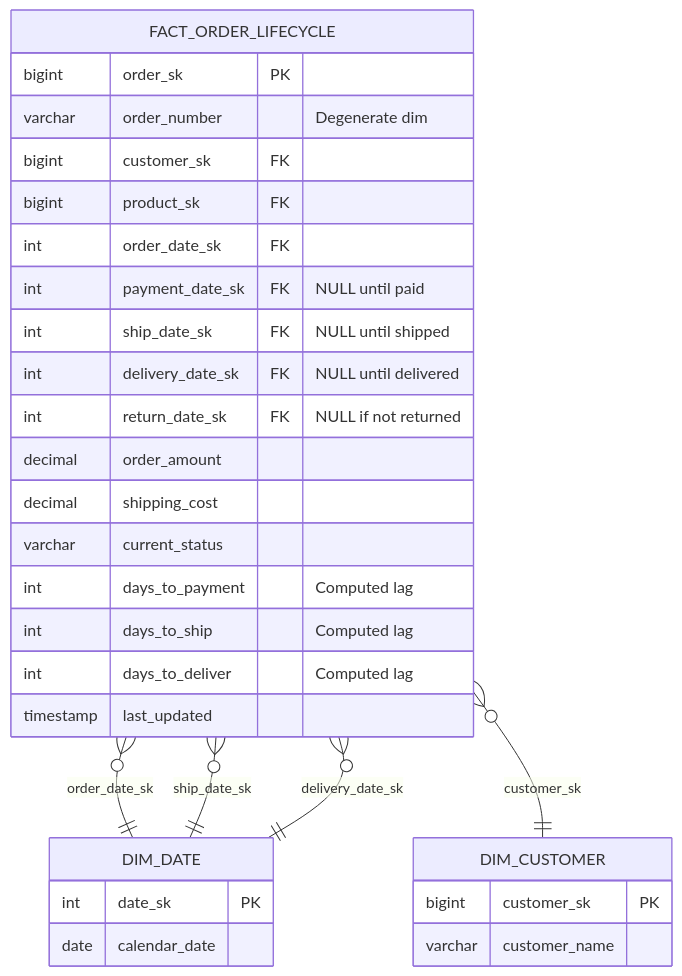
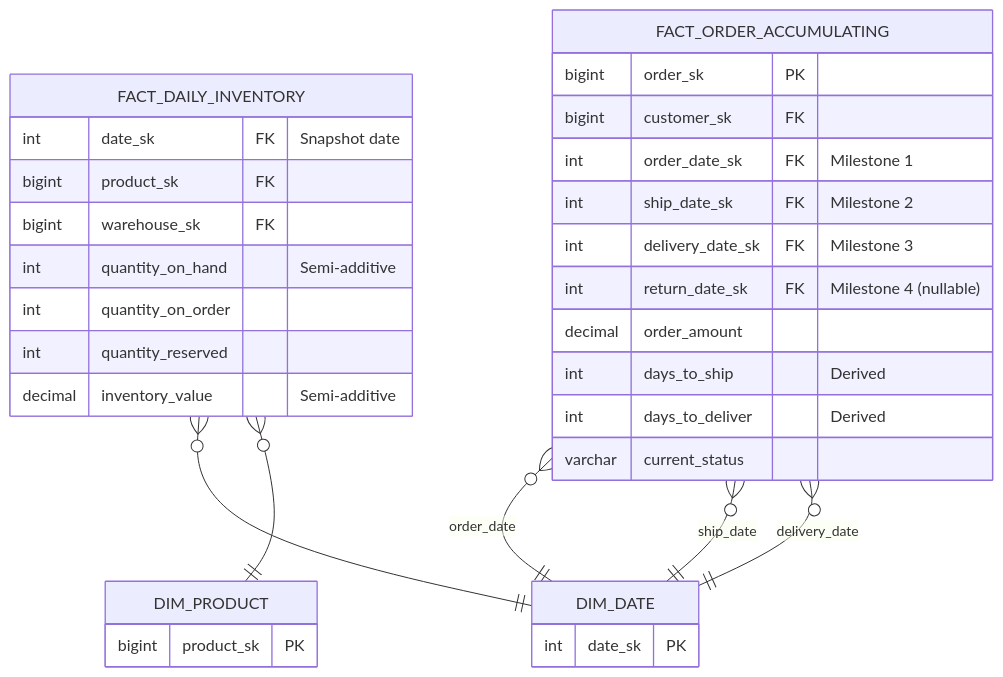
One commit to sivanagaraju/sparkantrigravity changed the first of 2 diagrams in PrincipleDataArchitect/01_Data_Modeling/04_Temporal_and_Bitemporal_Modeling/03_Snapshot_Fact_Tables/02_How_It_Works.md. Above: the diagram before and after it, drawn with Mermaid. The commit also changed other lines of this file and 79 other files, not shown here.

Commit message:
feat: Add comprehensive learning modules covering data modeling principles, NoSQL, graph databases, normalization, and database system internals.

````diff
--- a/PrincipleDataArchitect/01_Data_Modeling/04_Temporal_and_Bitemporal_Modeling/03_Snapshot_Fact_Tables/02_How_It_Works.md
+++ b/PrincipleDataArchitect/01_Data_Modeling/04_Temporal_and_Bitemporal_Modeling/03_Snapshot_Fact_Tables/02_How_It_Works.md
@@ -81,36 +7,34 @@
 ```mermaid
 erDiagram
-    FACT_ORDER_LIFECYCLE {
-        bigint order_sk PK
-        varchar order_number "Degenerate dim"
-        bigint customer_sk FK
+    FACT_DAILY_INVENTORY {
+        int date_sk FK "Snapshot date"
         bigint product_sk FK
-        int order_date_sk FK
-        int payment_date_sk FK "NULL until paid"
-        int ship_date_sk FK "NULL until shipped"
-        int delivery_date_sk FK "NULL until delivered"
-        int return_date_sk FK "NULL if not returned"
-        decimal order_amount
-        decimal shipping_cost
-        varchar current_status
-        int days_to_payment "Computed lag"
-        int days_to_ship "Computed lag"
-        int days_to_deliver "Computed lag"
-        timestamp last_updated
+        bigint warehouse_sk FK
+        int quantity_on_hand "Semi-additive"
+        int quantity_on_order
+        int quantity_reserved
+        decimal inventory_value "Semi-additive"
     }
     
-    DIM_DATE {
-        int date_sk PK
-        date calendar_date
+    FACT_ORDER_ACCUMULATING {
+        bigint order_sk PK
+        bigint customer_sk FK
+        int order_date_sk FK "Milestone 1"
+        int ship_date_sk FK "Milestone 2"
+        int delivery_date_sk FK "Milestone 3"
+        int return_date_sk FK "Milestone 4 (nullable)"
+        decimal order_amount
+        int days_to_ship "Derived"
+        int days_to_deliver "Derived"
+        varchar current_status
     }
     
-    DIM_CUSTOMER {
-        bigint customer_sk PK
-        varchar customer_name
-    }
+    DIM_DATE { int date_sk PK }
+    DIM_PRODUCT { bigint product_sk PK }
     
-    FACT_ORDER_LIFECYCLE }o--|| DIM_DATE : "order_date_sk"
-    FACT_ORDER_LIFECYCLE }o--|| DIM_DATE : "ship_date_sk"
-    FACT_ORDER_LIFECYCLE }o--|| DIM_DATE : "delivery_date_sk"
-    FACT_ORDER_LIFECYCLE }o--|| DIM_CUSTOMER : "customer_sk"
+    FACT_DAILY_INVENTORY }o--|| DIM_DATE : ""
+    FACT_DAILY_INVENTORY }o--|| DIM_PRODUCT : ""
+    FACT_ORDER_ACCUMULATING }o--|| DIM_DATE : "order_date"
+    FACT_ORDER_ACCUMULATING }o--|| DIM_DATE : "ship_date"
+    FACT_ORDER_ACCUMULATING }o--|| DIM_DATE : "delivery_date"
 ```
````
